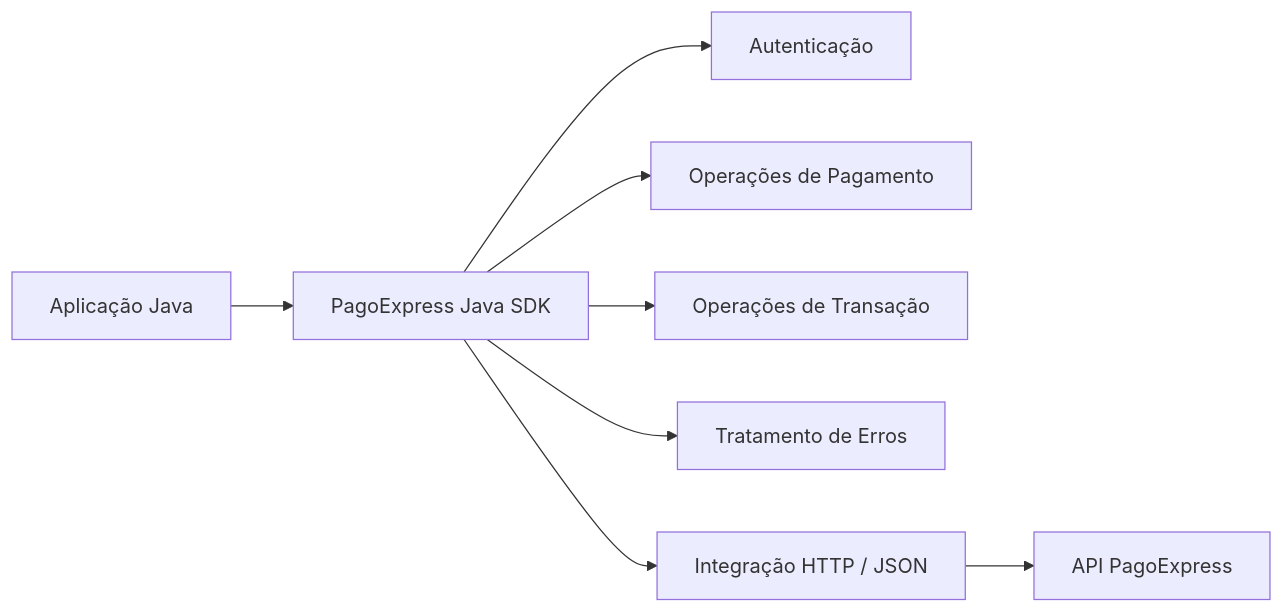
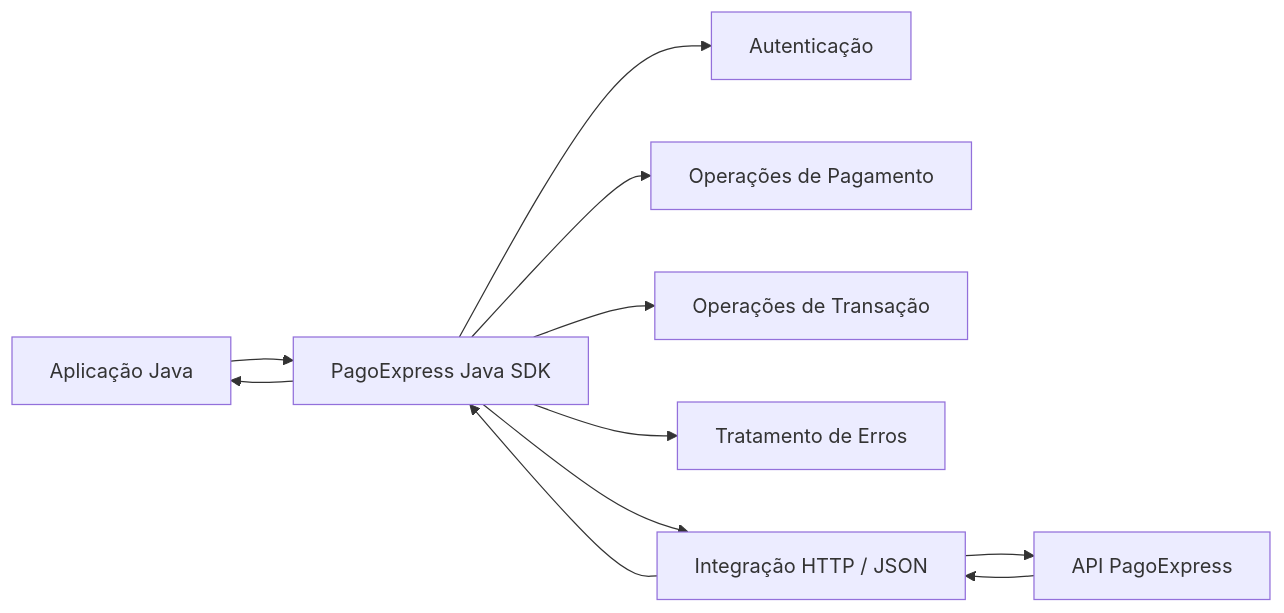
The first of 6 diagrams in README-PT-BR.md (AbinadabeDev/pagoexpress-java-sdk-engineering-documentation), drawn with Mermaid before and after one commit. The commit also changed other lines of this file, not shown here.

````diff
--- a/README-PT-BR.md
+++ b/README-PT-BR.md
@@ -72,10 +81,13 @@
 ```mermaid
 flowchart LR
     APP[Aplicação Java] --> SDK[PagoExpress Java SDK]
     SDK --> AUTH[Autenticação]
     SDK --> PAY[Operações de Pagamento]
     SDK --> TX[Operações de Transação]
     SDK --> ERR[Tratamento de Erros]
     SDK --> HTTP[Integração HTTP / JSON]
     HTTP --> API[API PagoExpress]
+    API --> HTTP
+    HTTP --> SDK
+    SDK --> APP
 ```
````
